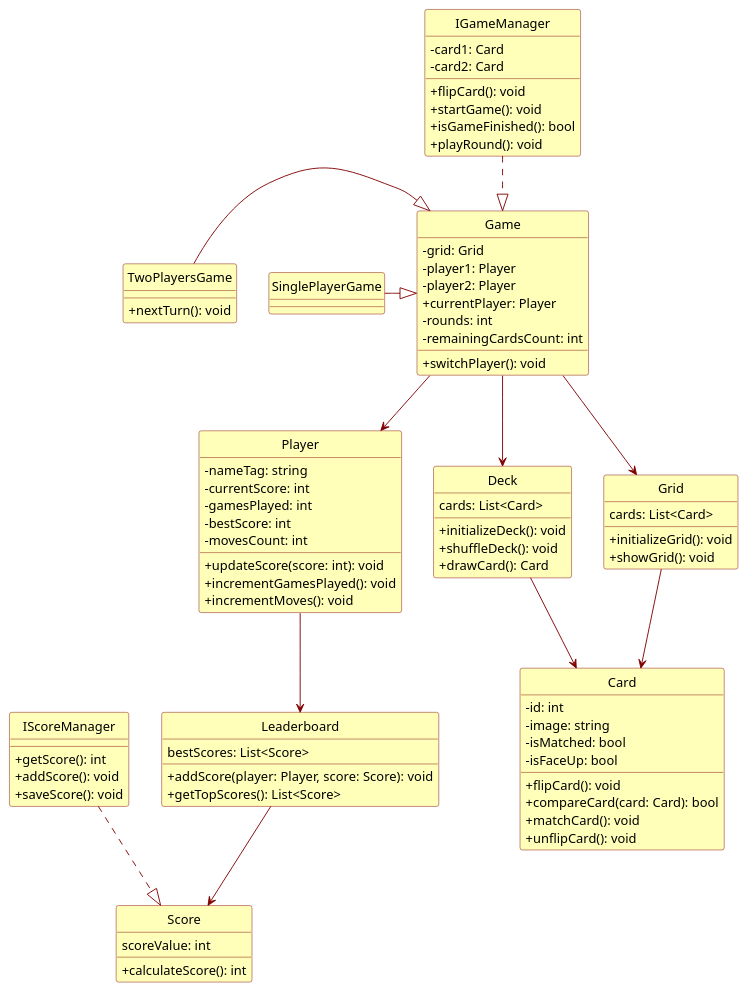
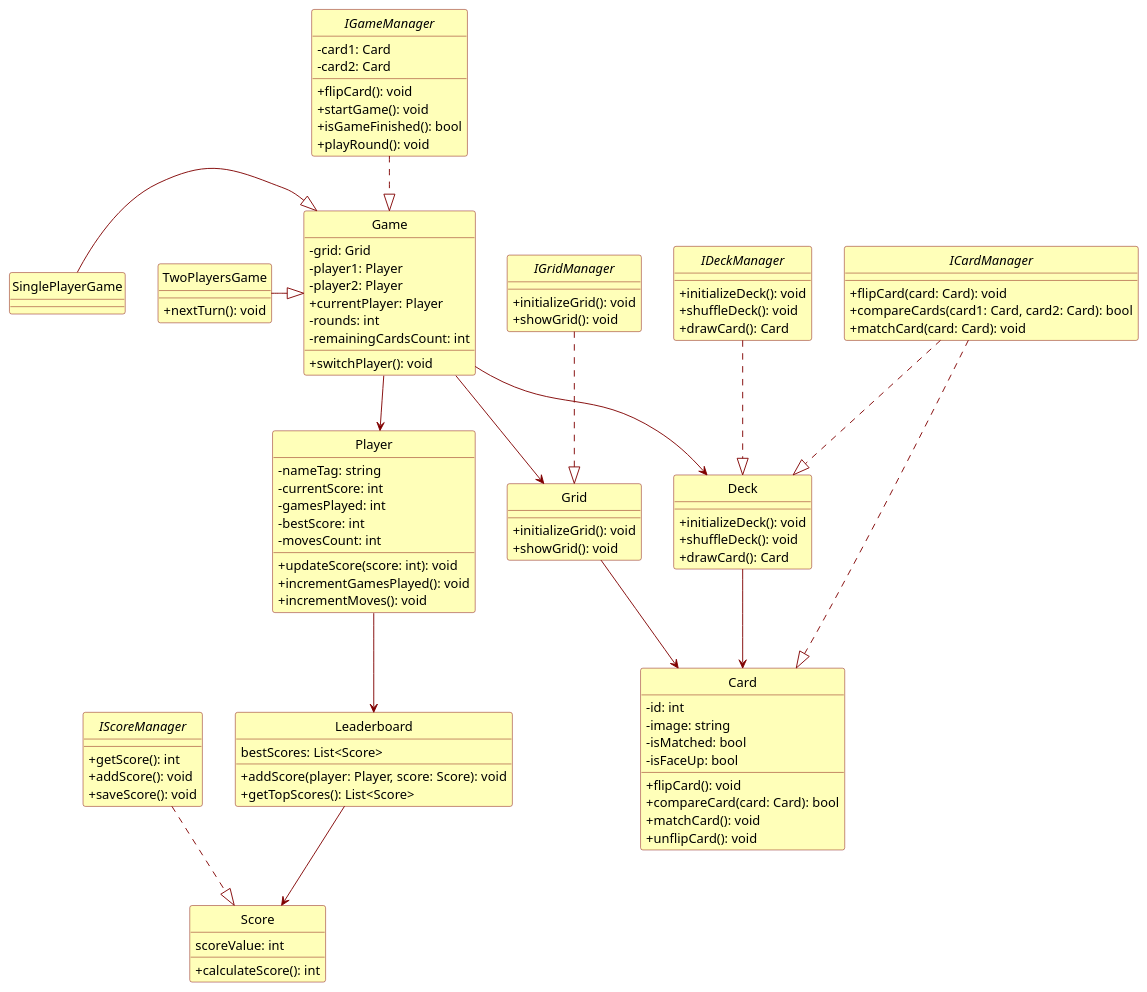
Before and after one commit to PosiTr0n505/Game-Memory: the diagram in src/Docs/Diagrammes/classes.md, drawn with PlantUML.

Commit message:
Mise à jour de 'src/Docs/Diagrammes/classes.md'

````diff
--- a/src/Docs/Diagrammes/classes.md
+++ b/src/Docs/Diagrammes/classes.md
@@ -1,4 +1,3 @@
-```plantuml
 @startuml
 hide circle
 allowmixing
@@ -11,101 +10,109 @@
 
 ' Classe Player
 class Player {
-    
-- nameTag: string
-- currentScore: int
-- gamesPlayed: int
-- bestScore: int
-- movesCount: int
-+ updateScore(score: int): void
-+ incrementGamesPlayed(): void
-+ incrementMoves(): void
+    - nameTag: string
+    - currentScore: int
+    - gamesPlayed: int
+    - bestScore: int
+    - movesCount: int
+    + updateScore(score: int): void
+    + incrementGamesPlayed(): void
+    + incrementMoves(): void
 }
 
 ' Classe Score
 class Score {
-    
-scoreValue: int
-+ calculateScore(): int
+    scoreValue: int
+    + calculateScore(): int
 }
 
 ' Classe Leaderboard
 class Leaderboard {
-    
-bestScores: List<Score>
-+ addScore(player: Player, score: Score): void
-+ getTopScores(): List<Score>
+    bestScores: List<Score>
+    + addScore(player: Player, score: Score): void
+    + getTopScores(): List<Score>
 }
+
 ' Classe Deck (Paquet de cartes)
 class Deck {
-    
-cards: List<Card>
-+ initializeDeck(): void
-+ shuffleDeck(): void
-+ drawCard(): Card
+    + initializeDeck(): void
+    + shuffleDeck(): void
+    + drawCard(): Card
 }
 
 ' Classe Partie
 class Game {
-    
-- grid: Grid
-- player1: Player
-- player2: Player
-+ currentPlayer: Player
-- rounds: int
-- remainingCardsCount: int
-+ switchPlayer(): void
+    - grid: Grid
+    - player1: Player
+    - player2: Player
+    + currentPlayer: Player
+    - rounds: int
+    - remainingCardsCount: int
+    + switchPlayer(): void
 }
 
 ' Classe IGameManager
-class IGameManager {
-
-- card1: Card
-- card2: Card
-+ flipCard(): void
-+ startGame(): void
-+ isGameFinished(): bool
-+ playRound(): void
+interface IGameManager {
+    - card1: Card
+    - card2: Card
+    + flipCard(): void
+    + startGame(): void
+    + isGameFinished(): bool
+    + playRound(): void
 }
 
 ' Classe IScoreManager
-class IScoreManager {
-
-+ getScore(): int
-+ addScore(): void
-+ saveScore(): void 
+interface IScoreManager {
+    + getScore(): int
+    + addScore(): void
+    + saveScore(): void 
 }
 
 ' Classe PartieTwoPlayers héritant de Partie
 class TwoPlayersGame {
-    
-+ nextTurn(): void
+    + nextTurn(): void
 }
 
 ' Classe PartieSingleplayer héritant de Partie
 class SinglePlayerGame {
-
 }
 
 ' Classe Grille
 class Grid {
-    
-cards: List<Card>
-+ initializeGrid(): void
-+ showGrid(): void
+    + initializeGrid(): void
+    + showGrid(): void
 }
 
 ' Classe Carte
 class Card {
-    
-- id: int
-- image: string
-- isMatched: bool
-- isFaceUp: bool
-+ flipCard(): void
-+ compareCard(card: Card): bool
-+ matchCard(): void
-+ unflipCard(): void
+    - id: int
+    - image: string
+    - isMatched: bool
+    - isFaceUp: bool
+    + flipCard(): void
+    + compareCard(card: Card): bool
+    + matchCard(): void
+    + unflipCard(): void
+}
+
+' Interface ICardManager
+interface ICardManager {
+    + flipCard(card: Card): void
+    + compareCards(card1: Card, card2: Card): bool
+    + matchCard(card: Card): void
+}
+
+' Interface IDeckManager
+interface IDeckManager {
+    + initializeDeck(): void
+    + shuffleDeck(): void
+    + drawCard(): Card
+}
+
+' Interface IGridManager
+interface IGridManager {
+    + initializeGrid(): void
+    + showGrid(): void
 }
 
 ' Relations
@@ -120,5 +127,8 @@
 Player --> Leaderboard
 Game --> Deck
 Deck --> Card
+ICardManager ..|> Card
+ICardManager ..|> Deck
+IGridManager ..|> Grid
+IDeckManager ..|> Deck
 @enduml
-```
````
